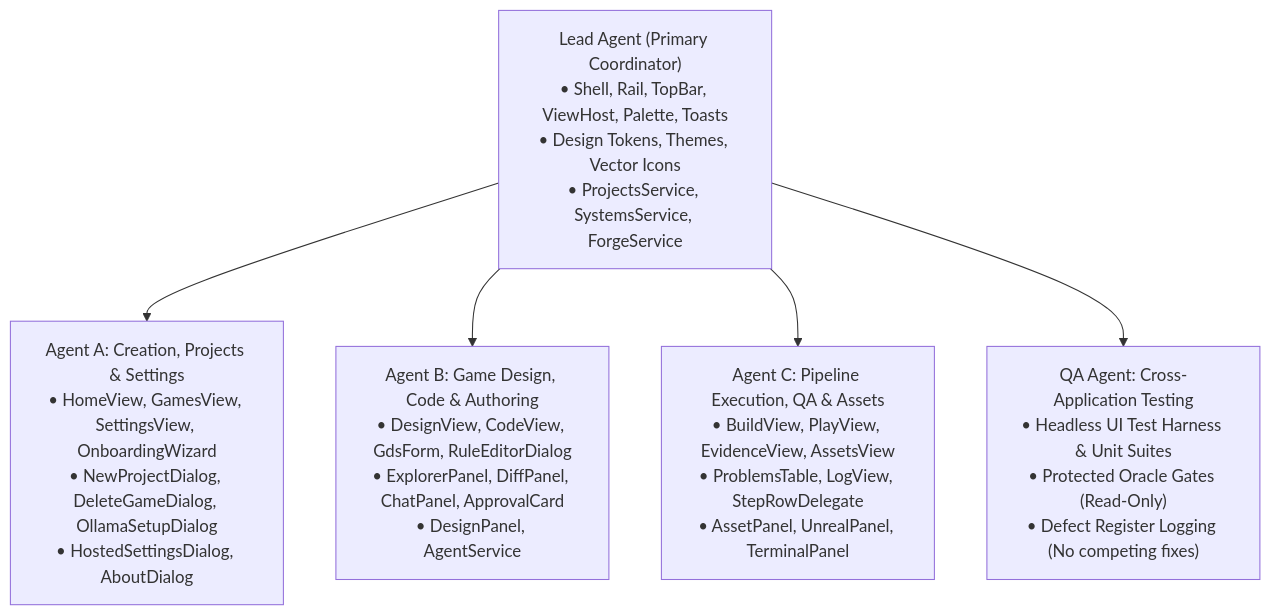
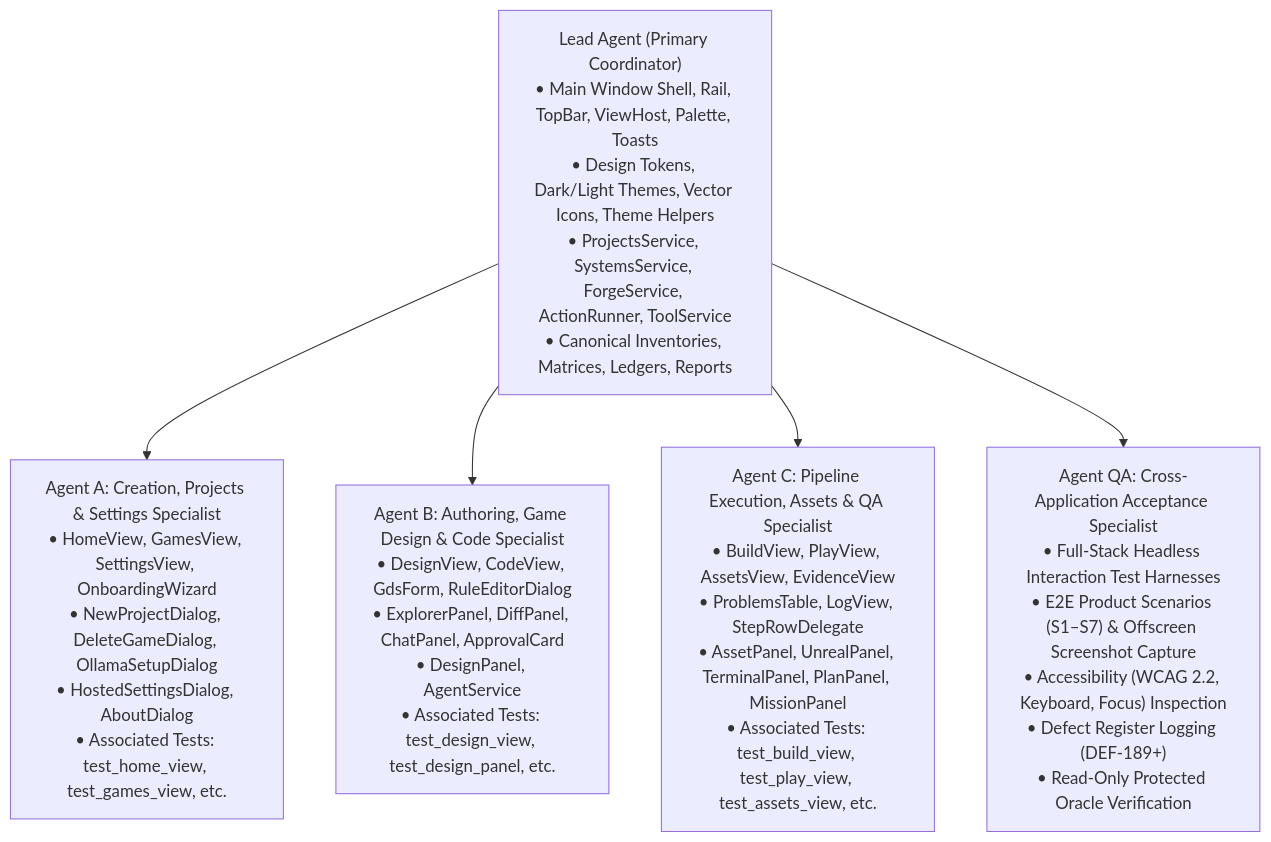
The diagram in reports/acceptance_audit/FRONTEND_COORDINATION_LEDGER.md (Ruturaj147990/GameForge), drawn with Mermaid before and after one commit. The commit also changed other lines of this file and 127 other files, not shown here.

````diff
--- a/reports/acceptance_audit/FRONTEND_COORDINATION_LEDGER.md
+++ b/reports/acceptance_audit/FRONTEND_COORDINATION_LEDGER.md
@@ -24,9 +24,12 @@
 ```mermaid
 flowchart TD
-    Lead["Lead Agent (Primary Coordinator)<br/>• Shell, Rail, TopBar, ViewHost, Palette, Toasts<br/>• Design Tokens, Themes, Vector Icons<br/>• ProjectsService, SystemsService, ForgeService"]
+    Lead["Lead Agent (Primary Coordinator)<br/>• Main Window Shell, Rail, TopBar, ViewHost, Palette, Toasts<br/>• Design Tokens, Dark/Light Themes, Vector Icons, Theme Helpers<br/>• ProjectsService, SystemsService, ForgeService, ActionRunner, ToolService<br/>• Canonical Inventories, Matrices, Ledgers, Reports"]
 
-    Lead --> AgentA["Agent A: Creation, Projects & Settings<br/>• HomeView, GamesView, SettingsView, OnboardingWizard<br/>• NewProjectDialog, DeleteGameDialog, OllamaSetupDialog<br/>• HostedSettingsDialog, AboutDialog"]
-    Lead --> AgentB["Agent B: Game Design, Code & Authoring<br/>• DesignView, CodeView, GdsForm, RuleEditorDialog<br/>• ExplorerPanel, DiffPanel, ChatPanel, ApprovalCard<br/>• DesignPanel, AgentService"]
-    Lead --> AgentC["Agent C: Pipeline Execution, QA & Assets<br/>• BuildView, PlayView, EvidenceView, AssetsView<br/>• ProblemsTable, LogView, StepRowDelegate<br/>• AssetPanel, UnrealPanel, TerminalPanel"]
-    Lead --> QA["QA Agent: Cross-Application Testing<br/>• Headless UI Test Harness & Unit Suites<br/>• Protected Oracle Gates (Read-Only)<br/>• Defect Register Logging (No competing fixes)"]
+    Lead --> AgentA["Agent A: Creation, Projects & Settings Specialist<br/>• HomeView, GamesView, SettingsView, OnboardingWizard<br/>• NewProjectDialog, DeleteGameDialog, OllamaSetupDialog<br/>• HostedSettingsDialog, AboutDialog<br/>• Associated Tests: test_home_view, test_games_view, etc."]
+
+    Lead --> AgentB["Agent B: Authoring, Game Design & Code Specialist<br/>• DesignView, CodeView, GdsForm, RuleEditorDialog<br/>• ExplorerPanel, DiffPanel, ChatPanel, ApprovalCard<br/>• DesignPanel, AgentService<br/>• Associated Tests: test_design_view, test_design_panel, etc."]
+
+    Lead --> AgentC["Agent C: Pipeline Execution, Assets & QA Specialist<br/>• BuildView, PlayView, AssetsView, EvidenceView<br/>• ProblemsTable, LogView, StepRowDelegate<br/>• AssetPanel, UnrealPanel, TerminalPanel, PlanPanel, MissionPanel<br/>• Associated Tests: test_build_view, test_play_view, test_assets_view, etc."]
+
+    Lead --> AgentQA["Agent QA: Cross-Application Acceptance Specialist<br/>• Full-Stack Headless Interaction Test Harnesses<br/>• E2E Product Scenarios (S1–S7) & Offscreen Screenshot Capture<br/>• Accessibility (WCAG 2.2, Keyboard, Focus) Inspection<br/>• Defect Register Logging (DEF-189+)<br/>• Read-Only Protected Oracle Verification"]
 ```
````
